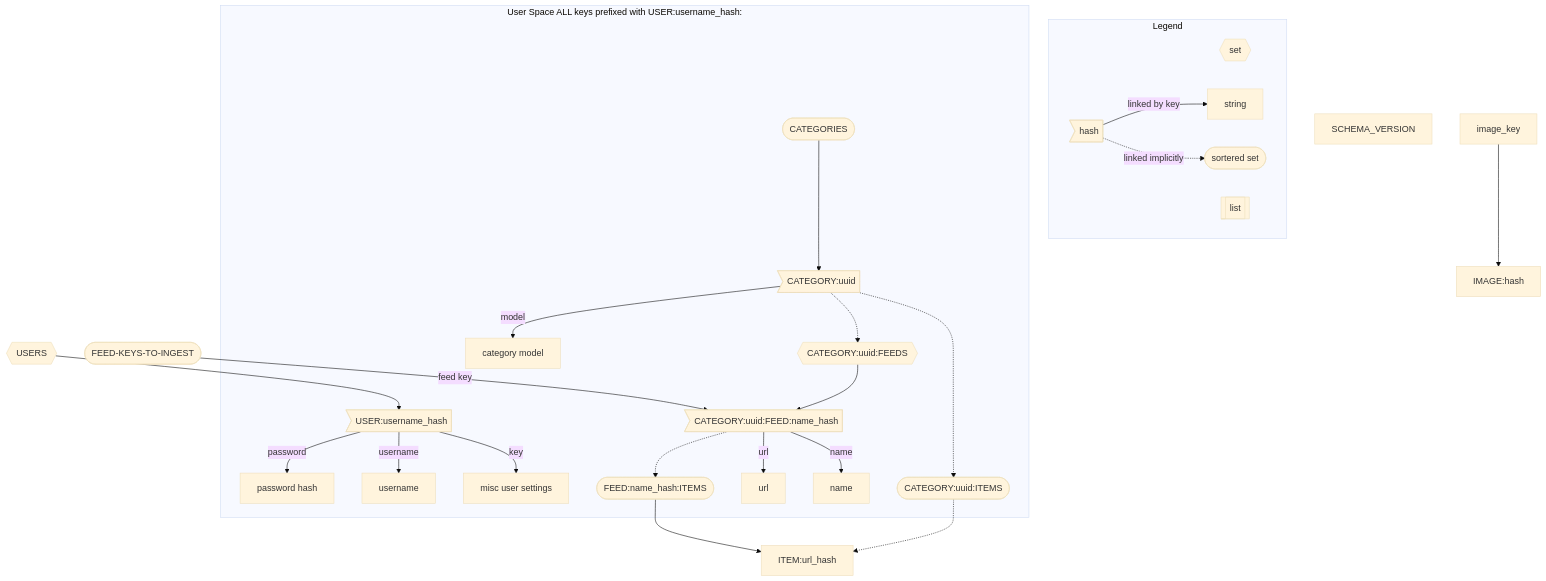
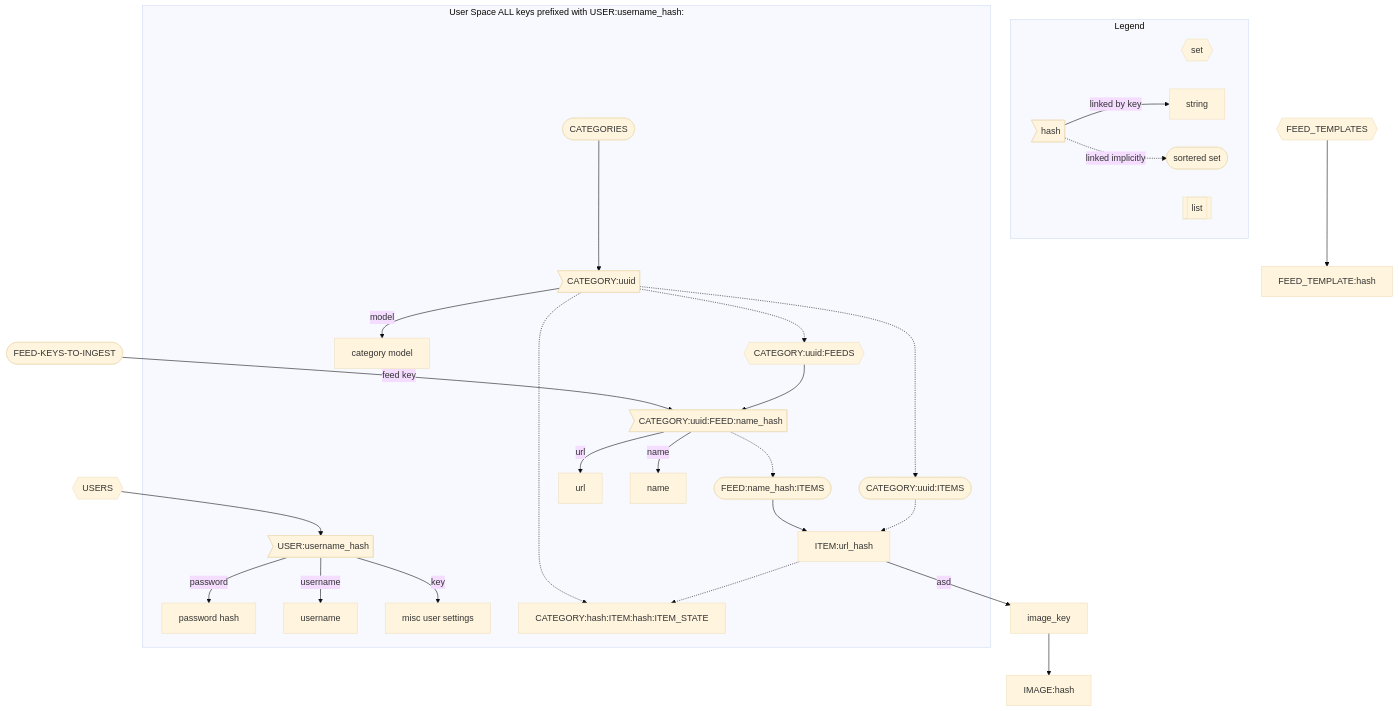
One commit to mullinmax/aggy changed the diagram in README.md. Above: the diagram before and after it, drawn with Mermaid (base theme). The commit also changed other lines of this file and 2 other files, not shown here.

Commit message:
cleaning up some db definitions

````diff
--- a/README.md
+++ b/README.md
@@ -28,53 +28,53 @@
 ```mermaid
 flowchart TB
-    feeds_to_ingest([FEED-KEYS-TO-INGEST]) --feed key--> feed
-
     subgraph Legend
         direction LR
         set{{set}}
         sorted_set([sortered set])
         string[string]
         hash>hash]
         list[[list]]
         hash --linked by key-->string
         hash -.linked implicitly.-> sorted_set
     end
+
+    feeds_to_ingest([FEED-KEYS-TO-INGEST]) --feed key--> feed
 
     subgraph User Space ALL keys prefixed with USER:username_hash:
         user>USER:username_hash]
         user--password--> password_hash[password hash]
         user--username--> username[username]
         user--key-->misc_user_settings[misc user settings]
 
         categories([CATEGORIES])
         category>CATEGORY:uuid]
         category_model[category model]
         category_feeds{{CATEGORY:uuid:FEEDS}}
         category_items([CATEGORY:uuid:ITEMS])
         feed>CATEGORY:uuid:FEED:name_hash]
         feed_url[url]
         feed_name[name]
         items([FEED:name_hash:ITEMS])
 
 
         categories --> category
 
         category --model--> category_model
         category -.-> category_items
         category -.-> category_feeds
         category_feeds --> feed
         feed --url--> feed_url
         feed --name--> feed_name
         feed -.-> items
 
-
+        category -.-> item_state[CATEGORY:hash:ITEM:hash:ITEM_STATE]
+        item -.-> item_state
     end
 
     items-->item
     category_items -.-> item
-    item[ITEM:url_hash]
+    item[ITEM:url_hash] --asd--> image_key
     image_key-->image[IMAGE:hash]
-    schema_version[SCHEMA_VERSION]
     users{{USERS}} --> user
-
+    feed_templates{{FEED_TEMPLATES}} --> feed_template[FEED_TEMPLATE:hash]
 ```
````
